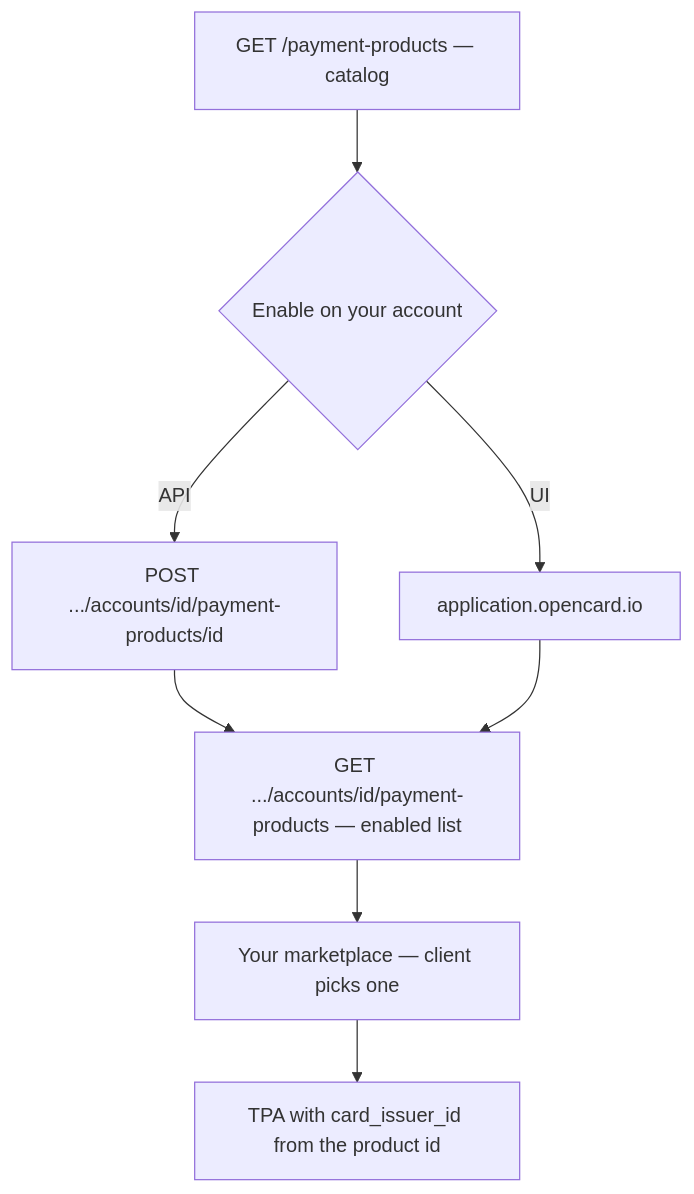
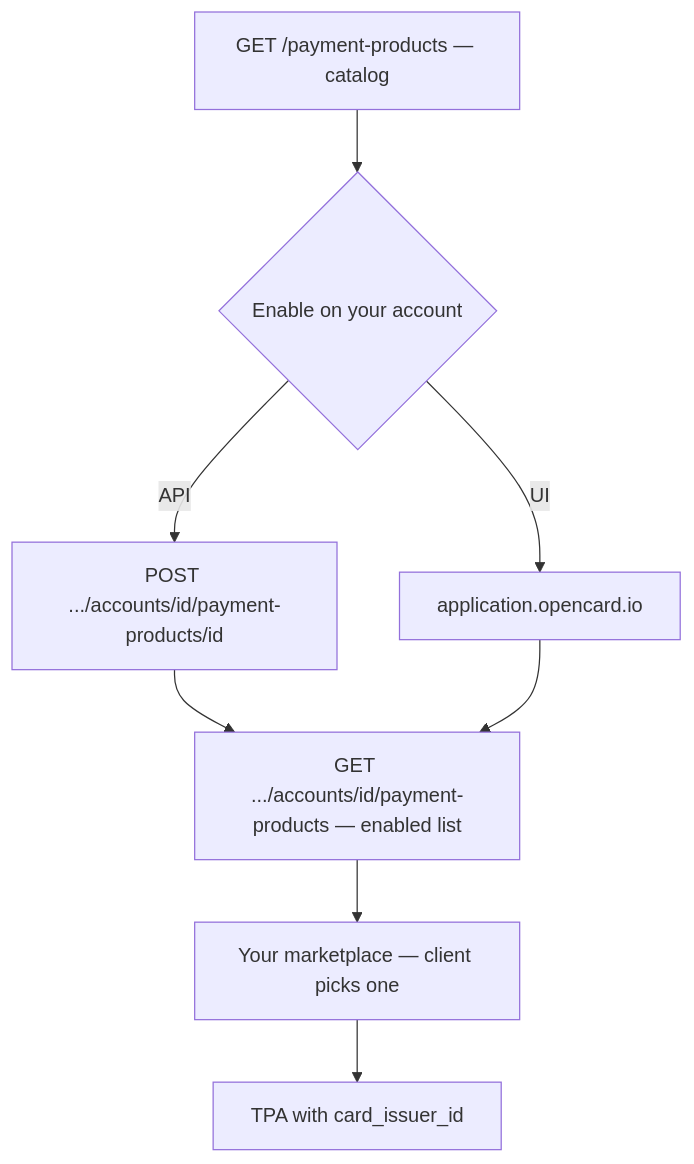
One commit to marc-opencard/developers.opencard.io changed the diagram in ems/payment-products-setup.mdx. Above: the diagram before and after it, drawn with Mermaid. The commit also changed other lines of this file and 2 other files, not shown here.

First line of the commit message:
Move scheme to the product root and drop product/program/issuer code from EMS docs.

````diff
--- a/ems/payment-products-setup.mdx
+++ b/ems/payment-products-setup.mdx
@@ -14,10 +14,10 @@
 ```mermaid
 flowchart TD
     A[GET /payment-products — catalog] --> B{Enable on your account}
     B -->|API| C[POST .../accounts/id/payment-products/id]
     B -->|UI| D[application.opencard.io]
     C --> E[GET .../accounts/id/payment-products — enabled list]
     D --> E
     E --> F[Your marketplace — client picks one]
-    F --> G[TPA with card_issuer_id from the product id]
+    F --> G[TPA with card_issuer_id]
 ```
````
